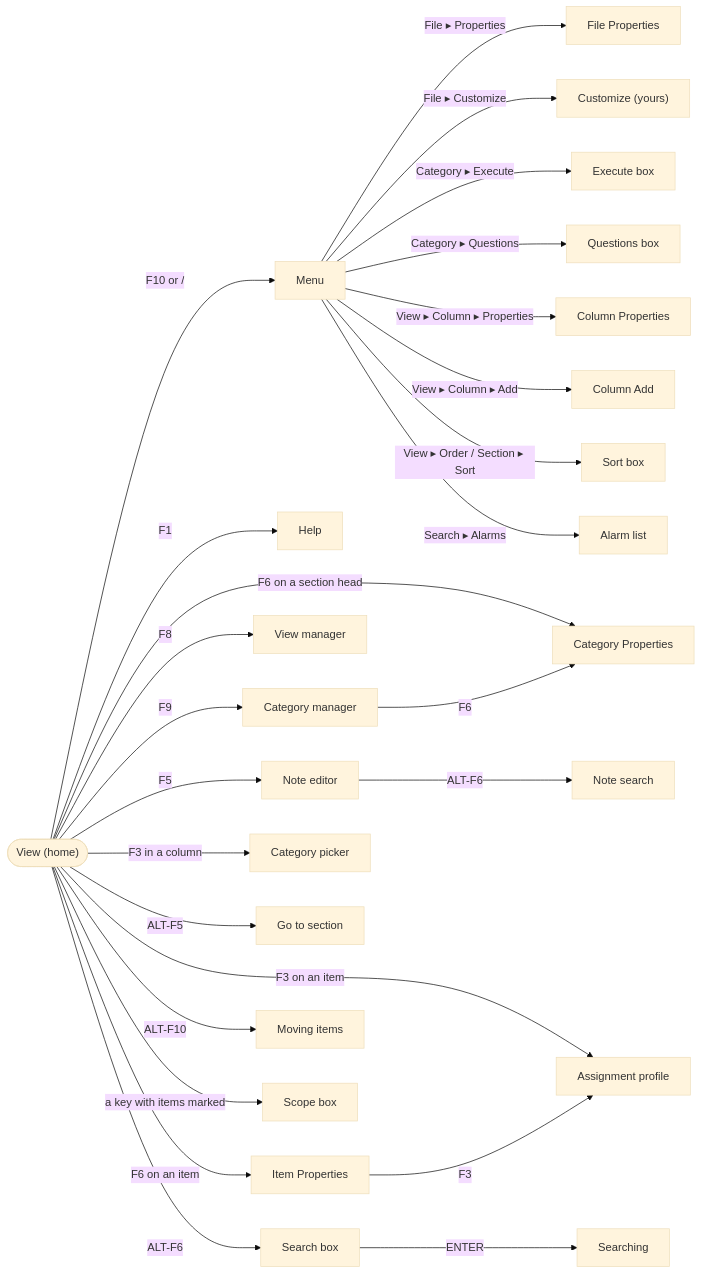
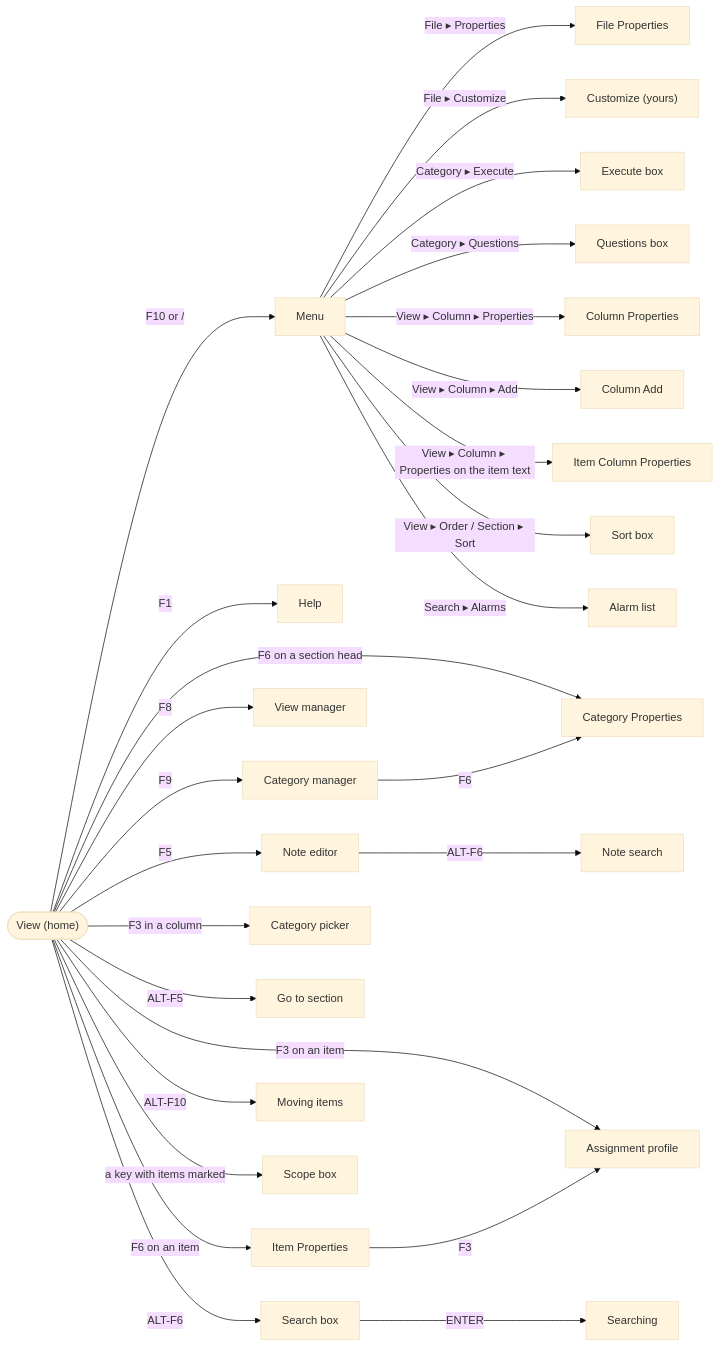
One commit to jamting/agendum changed the first of 2 diagrams in docs/SCREENS.md. Above: the diagram before and after it, drawn with Mermaid (base theme). The commit also changed other lines of this file and 25 other files, not shown here.

First line of the commit message:
Item Column Properties: each section's item column, automatic or by hand, linked (R55)

````diff
--- a/docs/SCREENS.md
+++ b/docs/SCREENS.md
@@ -28,29 +28,30 @@
 ```mermaid
 flowchart LR
     View(["View (home)"])
     View -- "F10 or /" --> Menu["Menu"]
     View -- F1 --> Help["Help"]
     View -- F9 --> CatMgr["Category manager"]
     View -- F8 --> ViewMgr["View manager"]
     View -- F5 --> Note["Note editor"]
     View -- "F6 on an item" --> ItemProps["Item Properties"]
     View -- "F6 on a section head" --> CatProps["Category Properties"]
     View -- "F3 on an item" --> Profile["Assignment profile"]
     View -- "F3 in a column" --> Picker["Category picker"]
     View -- ALT-F5 --> GoTo["Go to section"]
     View -- ALT-F6 --> SearchBox["Search box"]
     View -- "ALT-F10" --> MoveItem["Moving items"]
     View -- "a key with items marked" --> Scope["Scope box"]
     Menu -- "File ▸ Properties" --> FileProps["File Properties"]
     Menu -- "File ▸ Customize" --> Customize["Customize (yours)"]
     Menu -- "Category ▸ Execute" --> Execute["Execute box"]
     Menu -- "Category ▸ Questions" --> Questions["Questions box"]
     Menu -- "View ▸ Column ▸ Properties" --> ColProps["Column Properties"]
     Menu -- "View ▸ Column ▸ Add" --> ColAdd["Column Add"]
+    Menu -- "View ▸ Column ▸ Properties on the item text" --> ItemCol["Item Column Properties"]
     Menu -- "View ▸ Order / Section ▸ Sort" --> Sort["Sort box"]
     Menu -- "Search ▸ Alarms" --> Alarms["Alarm list"]
     CatMgr -- F6 --> CatProps
     ItemProps -- F3 --> Profile
     Note -- ALT-F6 --> NoteSearch["Note search"]
     SearchBox -- ENTER --> Searching["Searching"]
 ```
````
